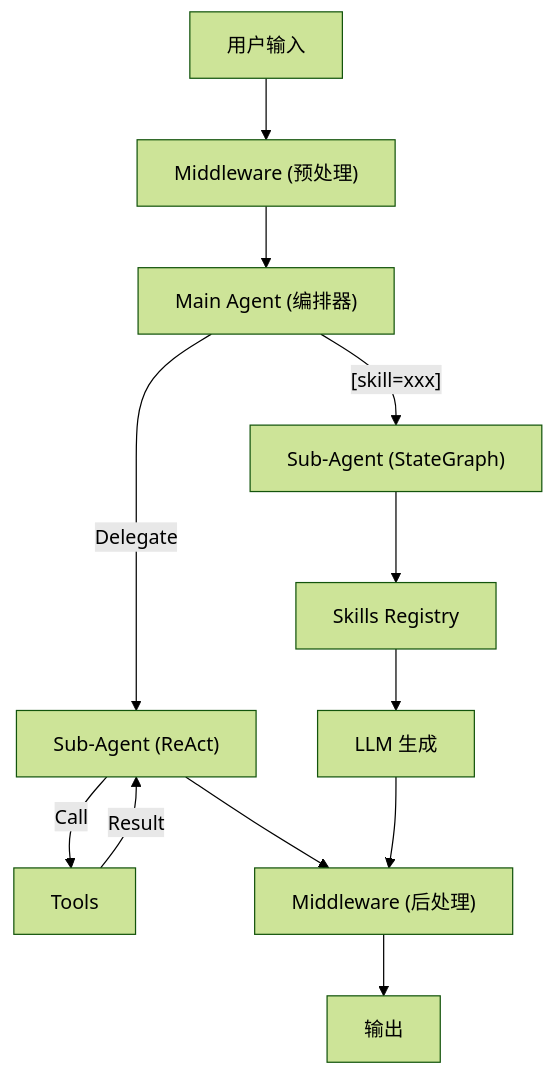
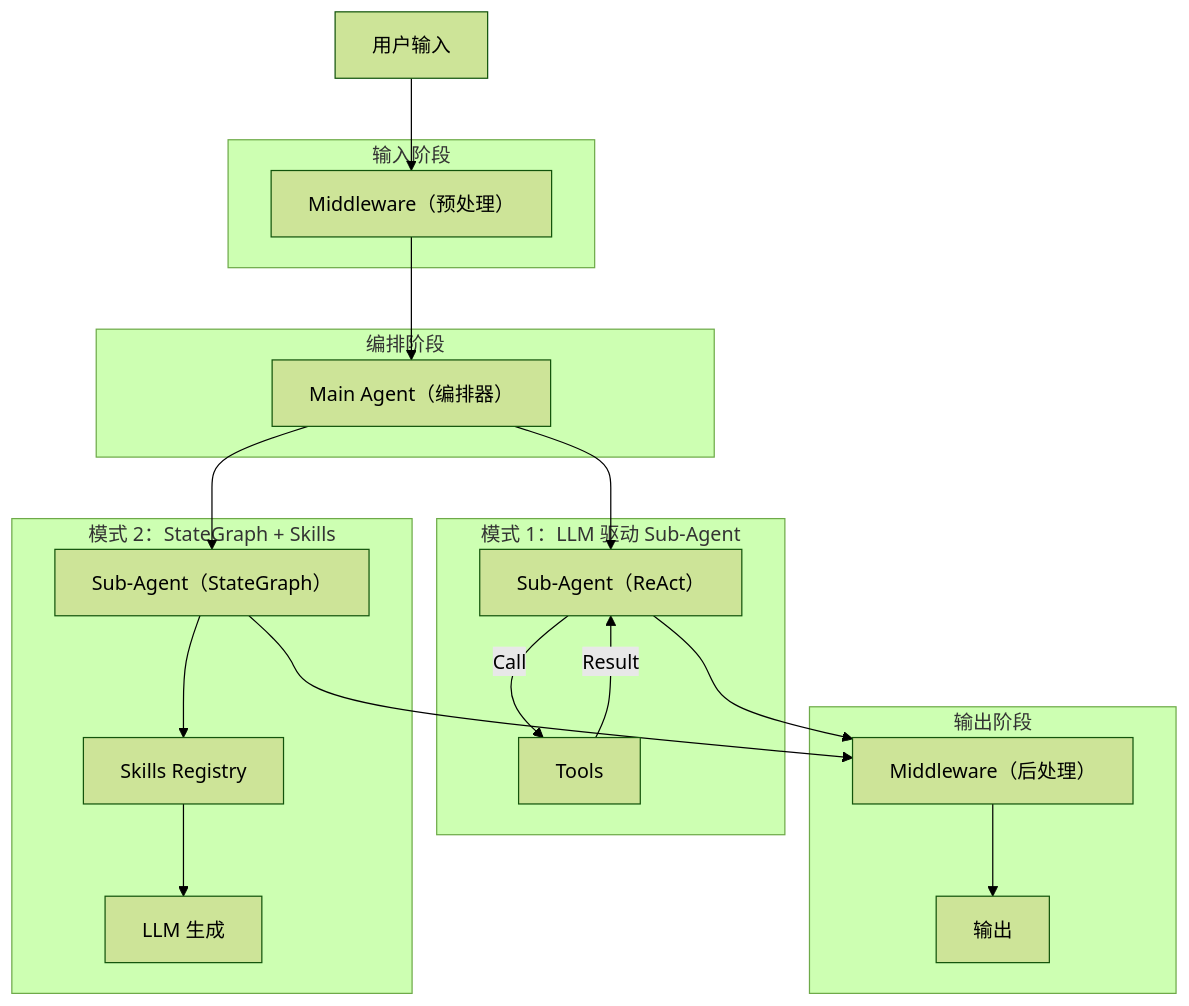
One commit to claudehotline-cn/cv changed the diagram in docs/references/deep_agent_best_practices.md. Above: the diagram before and after it, drawn with Mermaid (forest theme). The commit also changed 13 other files, not shown here.

First line of the commit message:
refactor: split graph.py into modular subagents + fix SQL prompt placeholders + Period serialization

````diff
--- a/docs/references/deep_agent_best_practices.md
+++ b/docs/references/deep_agent_best_practices.md
@@ -160,20 +160,36 @@
 ```mermaid
-graph TD
-    User["用户输入"] --> MiddlewareIn["Middleware (预处理)"]
-    MiddlewareIn --> Orchestrator["Main Agent (编排器)"]
-    
-    %% 模式 1: LLM 驱动模式
-    Orchestrator -->|Delegate| AgileAgent["Sub-Agent (ReAct)"]
-    AgileAgent -->|"Call"| Tools["Tools"]
-    Tools -->|"Result"| AgileAgent
-    
-    %% 模式 2: StateGraph + Skills
-    Orchestrator -->|"[skill=xxx]"| FixedAgent["Sub-Agent (StateGraph)"]
-    FixedAgent --> SkillRegistry["Skills Registry"]
-    SkillRegistry --> LLMStep["LLM 生成"]
-    
-    %% 结果汇聚
-    AgileAgent --> MiddlewareOut
-    LLMStep --> MiddlewareOut
-    MiddlewareOut["Middleware (后处理)"] --> Frontend["输出"]
+flowchart TB
+    U[用户输入]
+
+    subgraph PRE[输入阶段]
+        MI[Middleware（预处理）]
+    end
+
+    subgraph CORE[编排阶段]
+        ORC[Main Agent（编排器）]
+    end
+
+    subgraph P1[模式 1：LLM 驱动 Sub-Agent]
+        SA1[Sub-Agent（ReAct）]
+        T[Tools]
+        SA1 -->|Call| T
+        T -->|Result| SA1
+    end
+
+    subgraph P2[模式 2：StateGraph + Skills]
+        SA2[Sub-Agent（StateGraph）]
+        SK[Skills Registry]
+        LLM[LLM 生成]
+        SA2 --> SK --> LLM
+    end
+
+    subgraph POST[输出阶段]
+        MO[Middleware（后处理）]
+        OUT[输出]
+    end
+
+    U --> MI --> ORC
+    ORC --> SA1 --> MO
+    ORC --> SA2 --> MO
+    MO --> OUT
 ```
````
